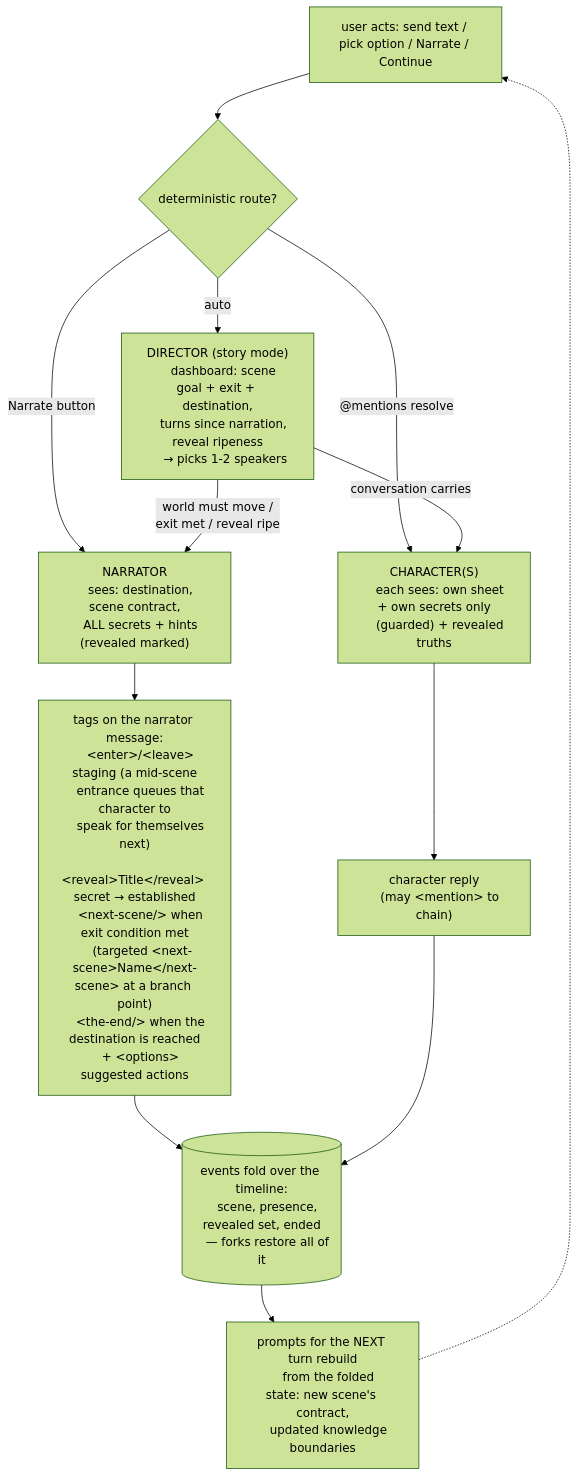
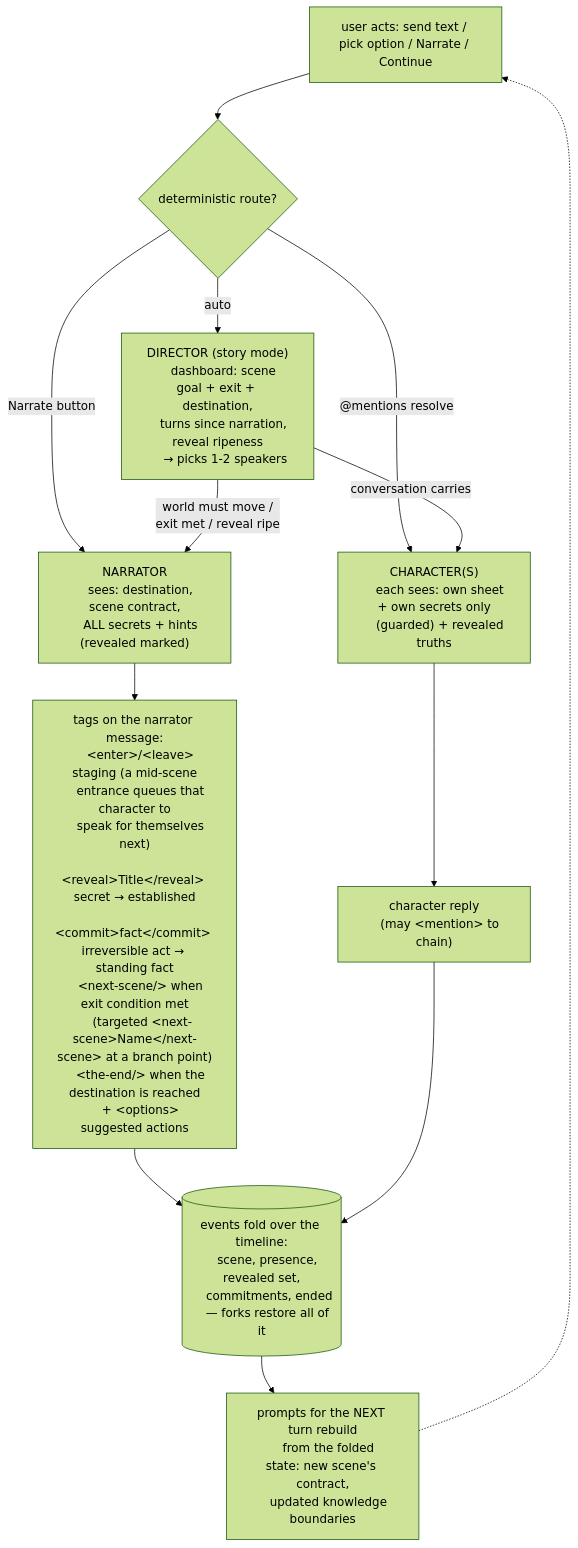
One commit to seancheung/animachat changed the second of 2 diagrams in SPEC.md. Above: the diagram before and after it, drawn with Mermaid (forest theme). The commit also changed other lines of this file and 16 other files, not shown here.

````diff
--- a/SPEC.md
+++ b/SPEC.md
@@ -287,39 +297,41 @@
 ```mermaid
 flowchart TD
     U["user acts: send text / pick option / Narrate / Continue"] --> R{"deterministic route?"}
     R -- "Narrate button" --> N
     R -- "@mentions resolve" --> C
     R -- "auto" --> D["DIRECTOR (story mode)
     dashboard: scene goal + exit + destination,
     turns since narration, reveal ripeness
     → picks 1-2 speakers"]
 
     D -- "world must move /
     exit met / reveal ripe" --> N["NARRATOR
     sees: destination, scene contract,
     ALL secrets + hints (revealed marked)"]
     D -- "conversation carries" --> C["CHARACTER(S)
     each sees: own sheet + own secrets only
     (guarded) + revealed truths"]
 
     N --> T["tags on the narrator message:
     &lt;enter&gt;/&lt;leave&gt; staging (a mid-scene
     entrance queues that character to
     speak for themselves next)
     &lt;reveal&gt;Title&lt;/reveal&gt; secret → established
+    &lt;commit&gt;fact&lt;/commit&gt; irreversible act → standing fact
     &lt;next-scene/&gt; when exit condition met
     (targeted &lt;next-scene&gt;Name&lt;/next-scene&gt; at a branch point)
     &lt;the-end/&gt; when the destination is reached
     + &lt;options&gt; suggested actions"]
     C --> M["character reply
     (may &lt;mention&gt; to chain)"]
 
     T --> F[("events fold over the timeline:
-    scene, presence, revealed set, ended
+    scene, presence, revealed set,
+    commitments, ended
     — forks restore all of it")]
     M --> F
     F --> P["prompts for the NEXT turn rebuild
     from the folded state: new scene's contract,
     updated knowledge boundaries"]
     P -.-> U
 ```
````
